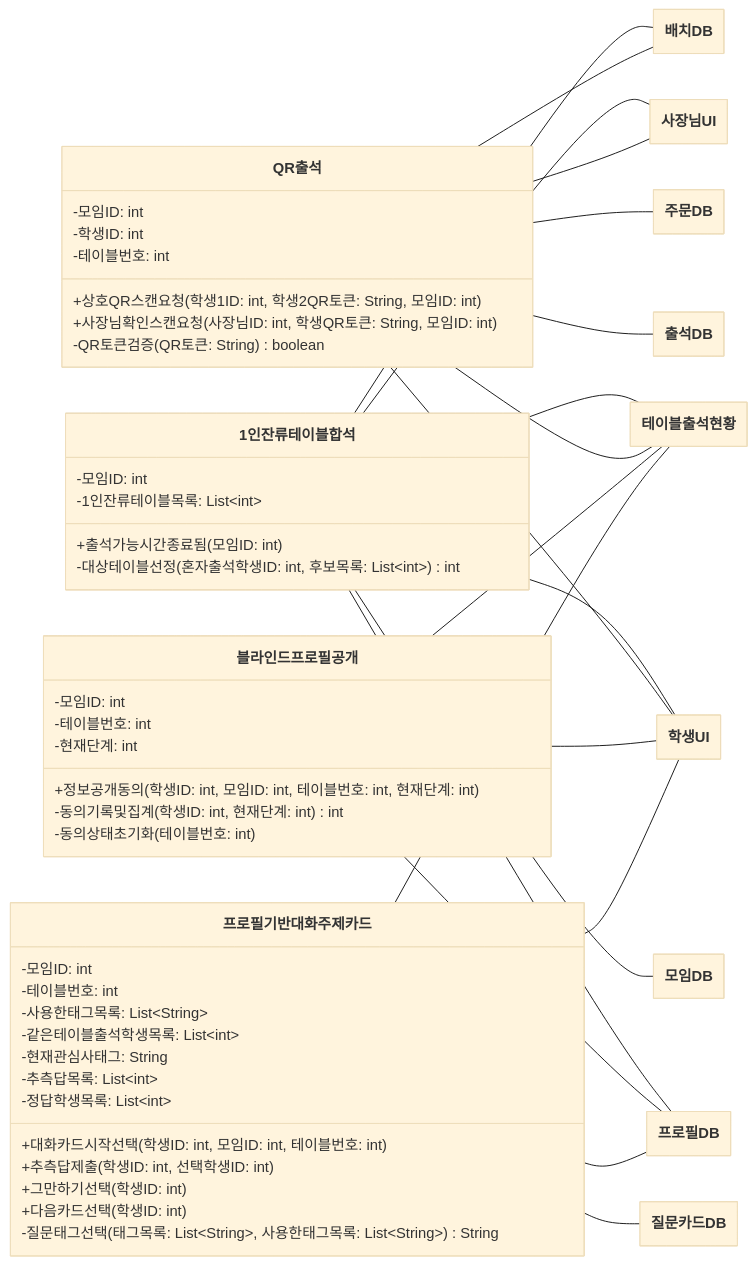
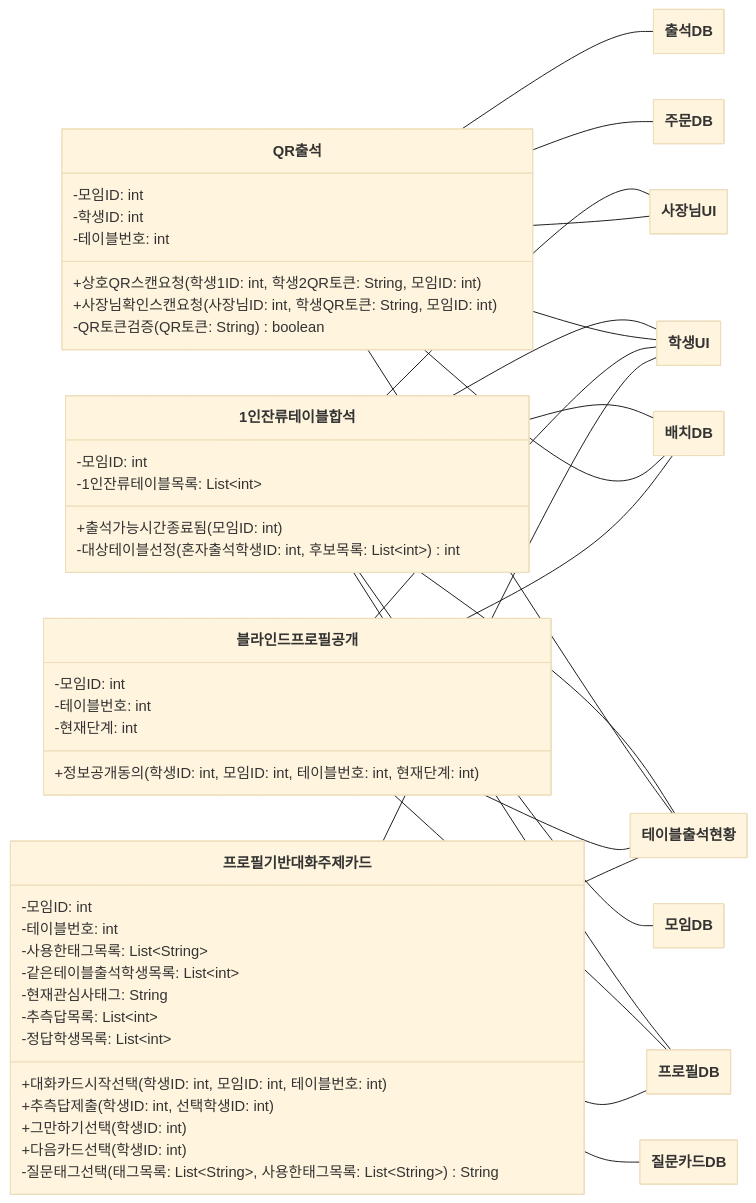
One commit to hojae3/sw-engineering-16 changed the fourth of 14 diagrams in class-diagram/class-diagram.md. Above: the diagram before and after it, drawn with Mermaid (base theme). The commit also changed other lines of this file and 8 other files, not shown here.

````diff
--- a/class-diagram/class-diagram.md
+++ b/class-diagram/class-diagram.md
@@ -319,73 +319,72 @@
 ```mermaid
 ---
 config:
   class:
     hideEmptyMembersBox: true
 ---
 classDiagram
     direction LR
     class QRAttendance["QR출석"] {
         -모임ID: int
         -학생ID: int
         -테이블번호: int
         +상호QR스캔요청(학생1ID: int, 학생2QR토큰: String, 모임ID: int)
         +사장님확인스캔요청(사장님ID: int, 학생QR토큰: String, 모임ID: int)
         -QR토큰검증(QR토큰: String) boolean
     }
     class SinglePersonTableMerge["1인잔류테이블합석"] {
         -모임ID: int
         -1인잔류테이블목록: List~int~
         +출석가능시간종료됨(모임ID: int)
         -대상테이블선정(혼자출석학생ID: int, 후보목록: List~int~) int
     }
     class ProfileTopicCard["프로필기반대화주제카드"] {
         -모임ID: int
         -테이블번호: int
         -사용한태그목록: List~String~
         -같은테이블출석학생목록: List~int~
         -현재관심사태그: String
         -추측답목록: List~int~
         -정답학생목록: List~int~
         +대화카드시작선택(학생ID: int, 모임ID: int, 테이블번호: int)
         +추측답제출(학생ID: int, 선택학생ID: int)
         +그만하기선택(학생ID: int)
         +다음카드선택(학생ID: int)
         -질문태그선택(태그목록: List~String~, 사용한태그목록: List~String~) String
     }
     class BlindProfileDisclosure["블라인드프로필공개"] {
         -모임ID: int
         -테이블번호: int
         -현재단계: int
         +정보공개동의(학생ID: int, 모임ID: int, 테이블번호: int, 현재단계: int)
-        -동의기록및집계(학생ID: int, 현재단계: int) int
-        -동의상태초기화(테이블번호: int)
     }
     class MeetingDB["모임DB"]
     class ArrangementDB["배치DB"]
     class OwnerUI["사장님UI"]
     class OrderDB["주문DB"]
     class QuestionCardDB["질문카드DB"]
     class AttendanceDB["출석DB"]
     class TableAttendanceStatus["테이블출석현황"]
     class ProfileDB["프로필DB"]
     class StudentUI["학생UI"]
     SinglePersonTableMerge -- MeetingDB
     SinglePersonTableMerge -- ArrangementDB
     SinglePersonTableMerge -- OwnerUI
     SinglePersonTableMerge -- TableAttendanceStatus
     SinglePersonTableMerge -- ProfileDB
     SinglePersonTableMerge -- StudentUI
     QRAttendance -- ArrangementDB
     QRAttendance -- OwnerUI
     QRAttendance -- OrderDB
     QRAttendance -- AttendanceDB
     QRAttendance -- TableAttendanceStatus
     QRAttendance -- StudentUI
+    BlindProfileDisclosure -- ArrangementDB
     BlindProfileDisclosure -- TableAttendanceStatus
     BlindProfileDisclosure -- ProfileDB
     BlindProfileDisclosure -- StudentUI
     ProfileTopicCard -- QuestionCardDB
     ProfileTopicCard -- TableAttendanceStatus
     ProfileTopicCard -- ProfileDB
     ProfileTopicCard -- StudentUI
 ```
````
